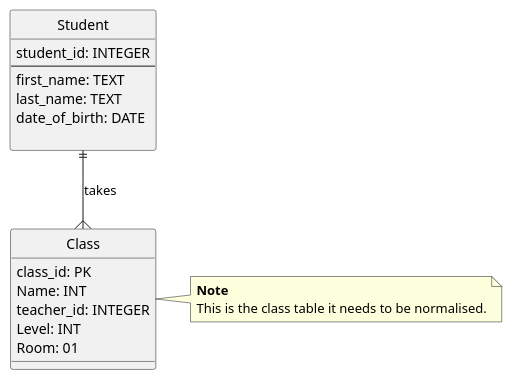
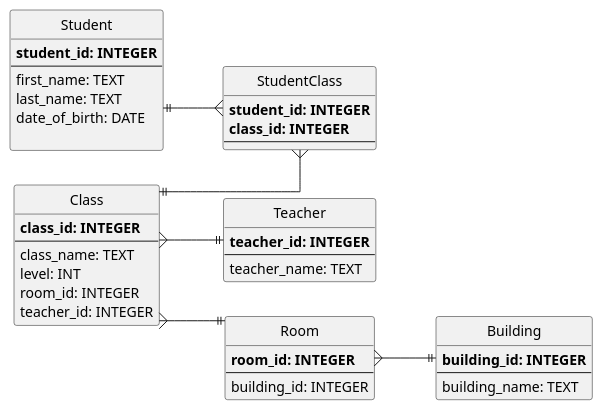
Before and after one commit to Mountainview-High-School/i-Adam-Switalla: the diagram in databasediagram.md, drawn with PlantUML. The commit also changed other lines of this file and 1 other file, not shown here.

````diff
--- a/databasediagram.md
+++ b/databasediagram.md
@@ -4,32 +6,62 @@
 ```plantuml
 
 @startuml
-' config
+' config 
 hide circle
+skinparam linetype ortho
 
+left to right direction
 
 entity "Student" {
-student_id: INTEGER
+<b>student_id: INTEGER</b>
 --
 first_name: TEXT
 last_name: TEXT
 date_of_birth: DATE
 
+  }
+
+
+entity "StudentClass" {
+<b>student_id: INTEGER 
+<b>class_id: INTEGER 
+--
 }
 
+
 entity "Class" {
-class_id: PK
-Name: INT
+<b>class_id: INTEGER 
+--
+class_name: TEXT
+level: INT
+room_id: INTEGER
 teacher_id: INTEGER
-Level: INT
-Room: 01
 }
 
-note right
-<b>Note</b>
-This is the class table it needs to be normalised.
-end note
 
-Student ||--{ Class : takes
+entity "Teacher" {
+<b>teacher_id: INTEGER 
+--
+teacher_name: TEXT
+}
+
+entity "Room" {
+<b>room_id: INTEGER 
+--
+building_id: INTEGER
+}
+
+entity "Building" {
+<b>building_id: INTEGER 
+--
+building_name: TEXT
+}
+
+
+Student ||--{ StudentClass
+Class ||--{ StudentClass
+Class }--|| Teacher
+Class }--|| Room
+Room }--|| Building
 @enduml
 ```
````
